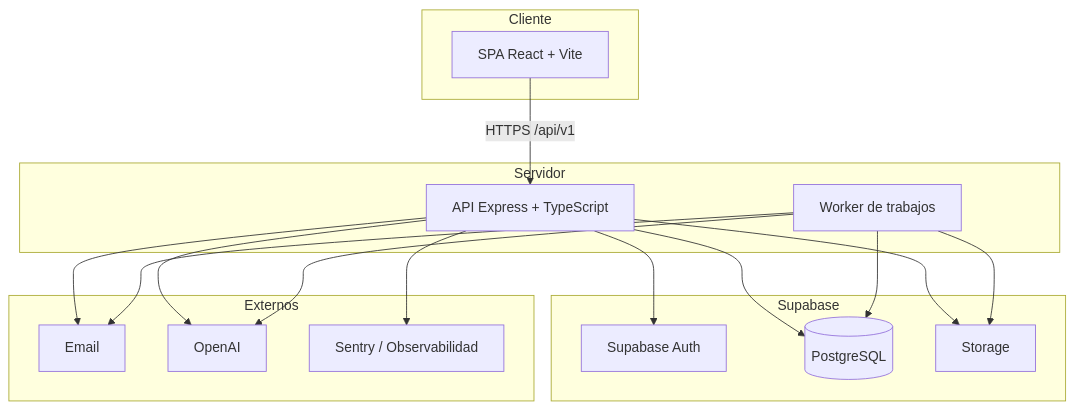
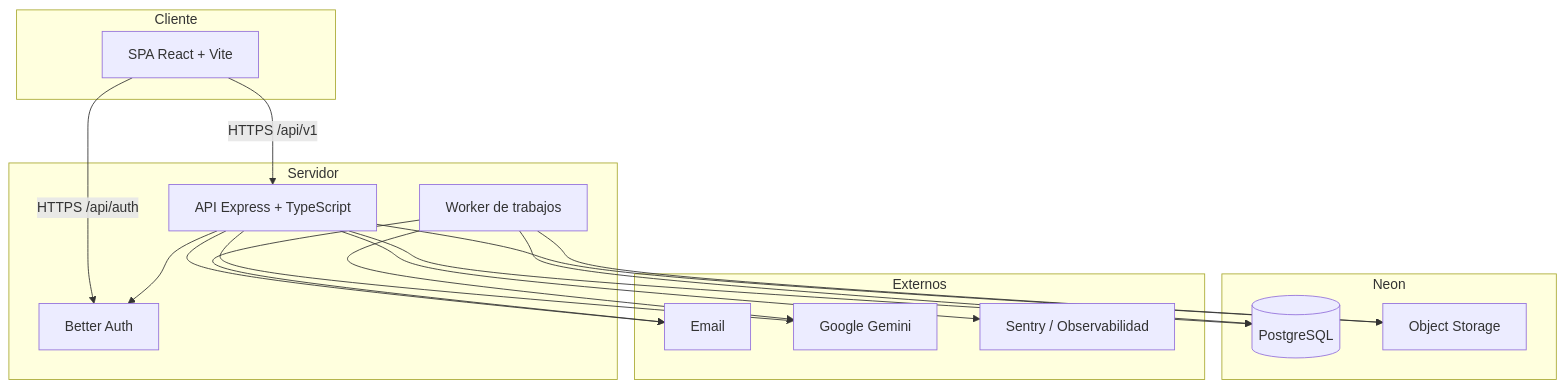
Before and after one commit to serpermar/Legaria: the second of 4 diagrams in docs/01-arquitectura.md, drawn with Mermaid. The commit also changed other lines of this file and 73 other files, not shown here.

````diff
--- a/docs/01-arquitectura.md
+++ b/docs/01-arquitectura.md
@@ -56,31 +56,32 @@
 ```mermaid
 flowchart TB
     subgraph Cliente
         SPA[SPA React + Vite]
     end
     subgraph Servidor
         API[API Express + TypeScript]
+        BA[Better Auth]
         JOBS[Worker de trabajos]
     end
-    subgraph Supabase
-        SA[Supabase Auth]
+    subgraph Neon
         PG[(PostgreSQL)]
-        ST[Storage]
+        ST[Object Storage]
     end
     subgraph Externos
         MAIL[Email]
-        AI[OpenAI]
+        AI[Google Gemini]
         ERR[Sentry / Observabilidad]
     end
     SPA -->|HTTPS /api/v1| API
-    API --> SA
+    SPA -->|HTTPS /api/auth| BA
+    API --> BA
     API --> PG
     API --> ST
     API --> MAIL
     API --> AI
     API --> ERR
     JOBS --> PG
     JOBS --> ST
     JOBS --> MAIL
     JOBS --> AI
 ```
````
